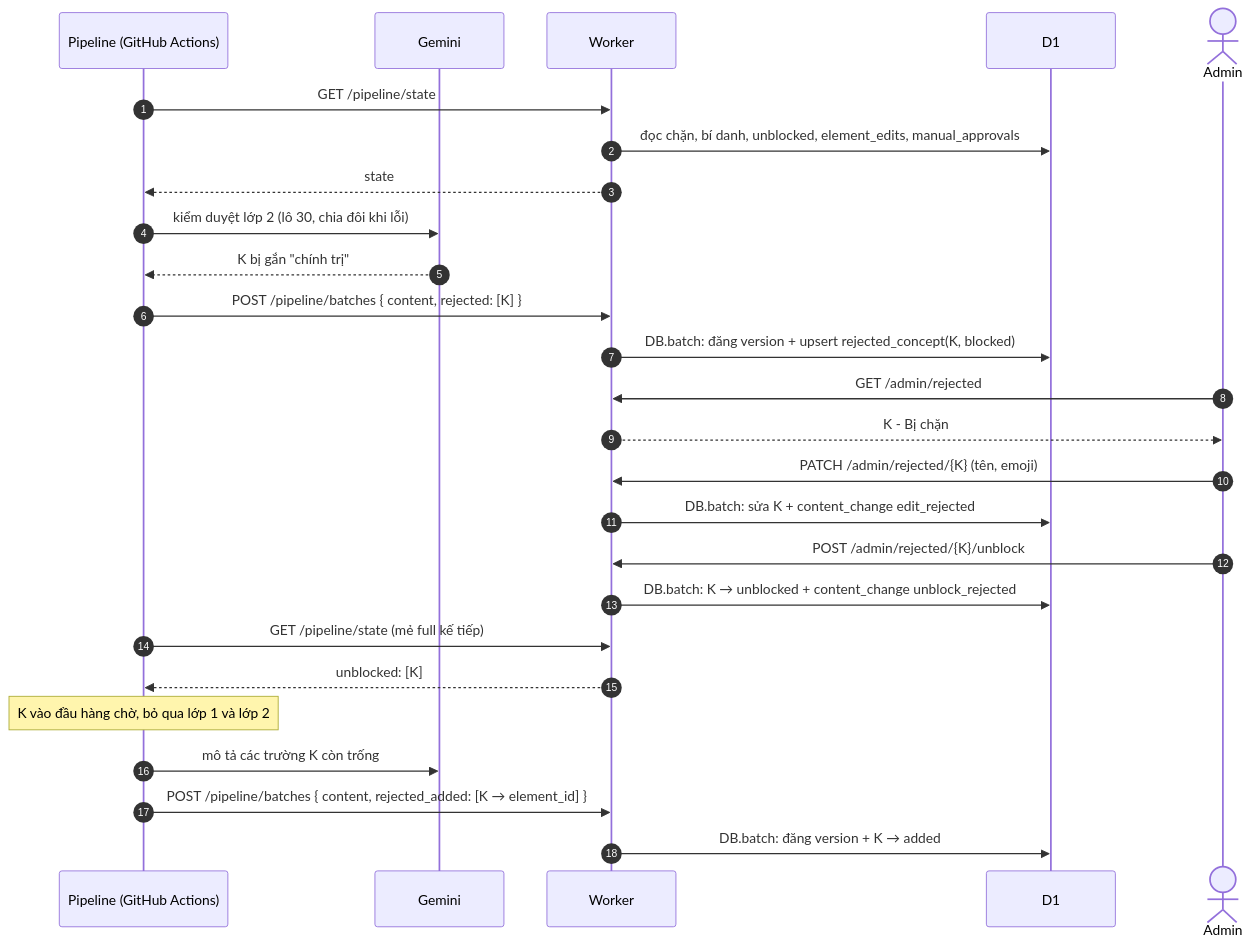
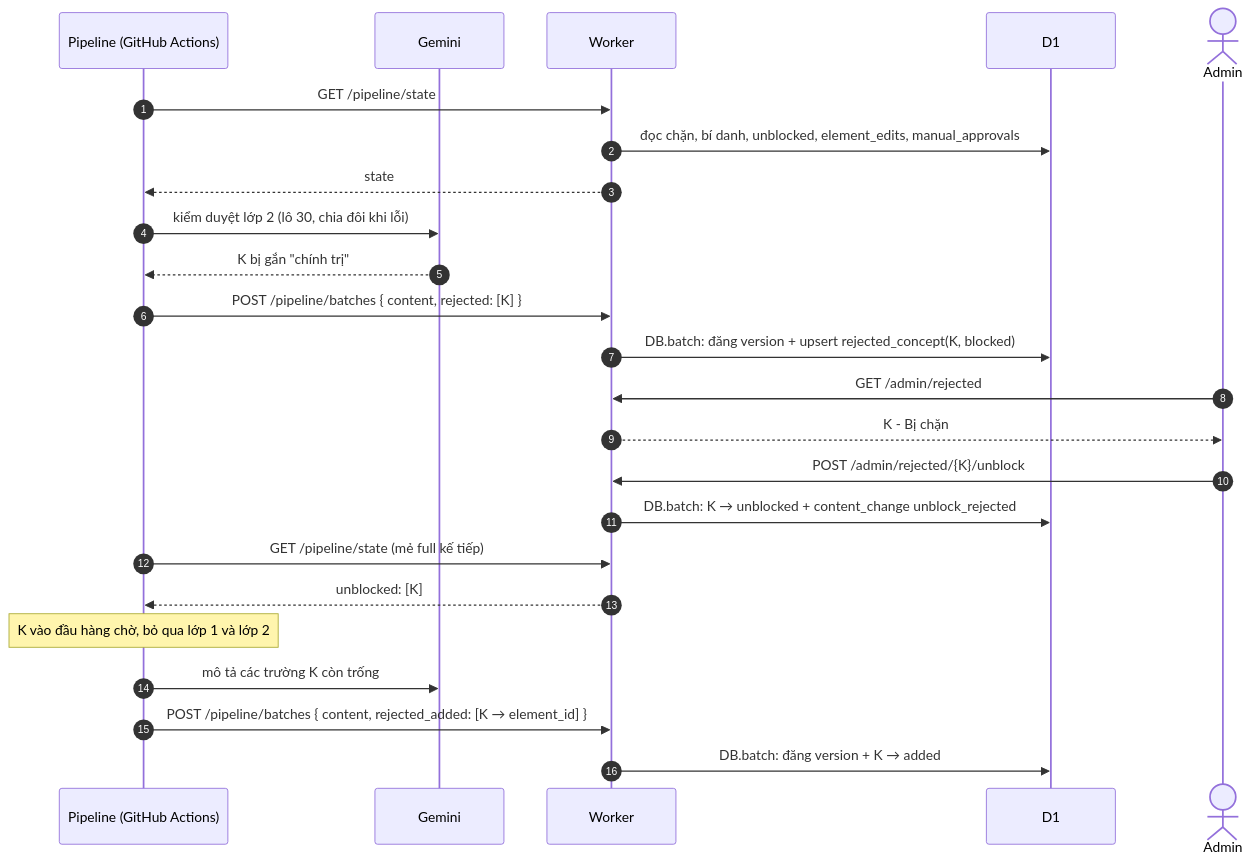
One commit to thucnq/lau-meme changed the diagram in docs/diagrams/seq-bi-chan-bo-chan.mmd. Above: the diagram before and after it, drawn with Mermaid. The commit also changed 5 other files, not shown here.

```diff
--- a/docs/diagrams/seq-bi-chan-bo-chan.mmd
+++ b/docs/diagrams/seq-bi-chan-bo-chan.mmd
@@ -1,30 +1,28 @@
 %% Bị chặn → Bỏ chặn → mẻ sau đưa vào graph (AC-MOD-11, AC-ADMIN-14, AC-PIPE-21, ADR 0022)
 sequenceDiagram
   autonumber
   participant P as Pipeline (GitHub Actions)
   participant G as Gemini
   participant W as Worker
   participant D as D1
   actor A as Admin
 
   P->>W: GET /pipeline/state
   W->>D: đọc chặn, bí danh, unblocked, element_edits, manual_approvals
   W-->>P: state
   P->>G: kiểm duyệt lớp 2 (lô 30, chia đôi khi lỗi)
   G-->>P: K bị gắn "chính trị"
   P->>W: POST /pipeline/batches { content, rejected: [K] }
   W->>D: DB.batch: đăng version + upsert rejected_concept(K, blocked)
 
   A->>W: GET /admin/rejected
   W-->>A: K - Bị chặn
-  A->>W: PATCH /admin/rejected/{K} (tên, emoji)
-  W->>D: DB.batch: sửa K + content_change edit_rejected
   A->>W: POST /admin/rejected/{K}/unblock
   W->>D: DB.batch: K → unblocked + content_change unblock_rejected
 
   P->>W: GET /pipeline/state (mẻ full kế tiếp)
   W-->>P: unblocked: [K]
   Note over P: K vào đầu hàng chờ, bỏ qua lớp 1 và lớp 2
   P->>G: mô tả các trường K còn trống
   P->>W: POST /pipeline/batches { content, rejected_added: [K → element_id] }
   W->>D: DB.batch: đăng version + K → added
```
